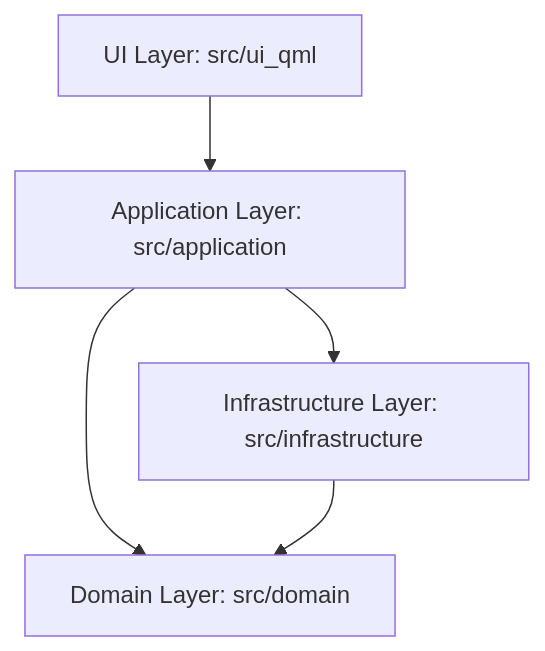
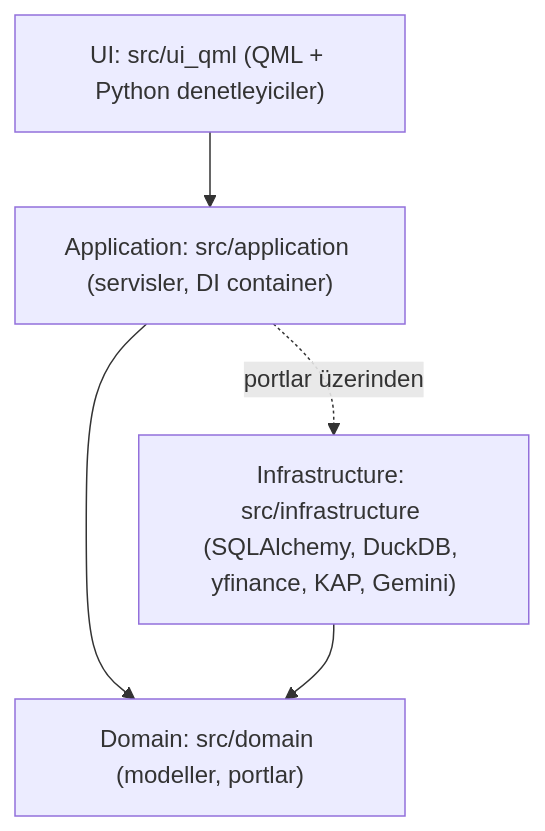
One commit to Yusufygc/PortfoySimulasyonu changed the first of 2 diagrams in docs/wiki/architecture.md. Above: the diagram before and after it, drawn with Mermaid. The commit also changed other lines of this file and 39 other files, not shown here.

````diff
--- a/docs/wiki/architecture.md
+++ b/docs/wiki/architecture.md
@@ -7,7 +7,7 @@
 ```mermaid
 graph TD
-    UI[UI Layer: src/ui_qml] --> APP[Application Layer: src/application]
-    APP --> INF[Infrastructure Layer: src/infrastructure]
-    APP --> DOM[Domain Layer: src/domain]
-    INF --> DOM
+    UI["UI: src/ui_qml (QML + Python denetleyiciler)"] --> APP["Application: src/application (servisler, DI container)"]
+    APP --> DOM["Domain: src/domain (modeller, portlar)"]
+    INF["Infrastructure: src/infrastructure (SQLAlchemy, DuckDB, yfinance, KAP, Gemini)"] --> DOM
+    APP -.->|"portlar üzerinden"| INF
 ```
````
